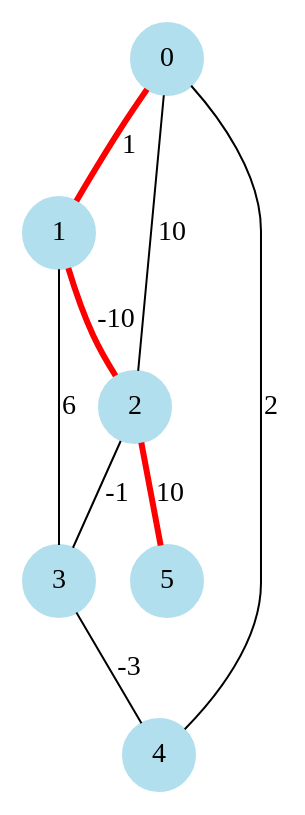
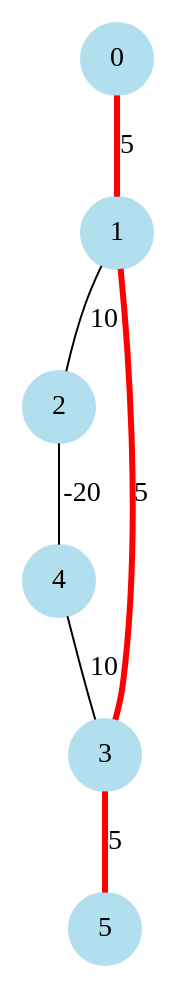
One commit to cni-iisc/networks-course changed the diagram in graph_algorithms/graphFiles/Dijkstra_compare.gv. Above: the diagram before and after it, drawn with Graphviz. The commit also changed 8 other files, not shown here.

```diff
--- a/graph_algorithms/graphFiles/Dijkstra_compare.gv
+++ b/graph_algorithms/graphFiles/Dijkstra_compare.gv
@@ -1,17 +1,15 @@
 graph G {
 	node [color=lightblue2 shape=circle style=filled]
 	0 [label=0]
 	1 [label=1]
 	2 [label=2]
 	3 [label=3]
 	4 [label=4]
 	5 [label=5]
-	0 -- 1 [label=1, color=red, penwidth=3]
-	0 -- 2 [label=10]
-	0 -- 4 [label=2]
-	1 -- 2 [label=-10, color=red, penwidth=3]
-	1 -- 3 [label=6]
-	2 -- 3 [label=-1]
-	2 -- 5 [label=10, color=red, penwidth=3]
-	3 -- 4 [label=-3]
+	0 -- 1 [label=5, color=red, penwidth=3]
+	1 -- 2 [label=10]
+	1 -- 3 [label=5, color=red, penwidth=3]
+	2 -- 4 [label=-20]
+	4 -- 3 [label=10]
+	3 -- 5 [label=5, color=red, penwidth=3]
 }
```
